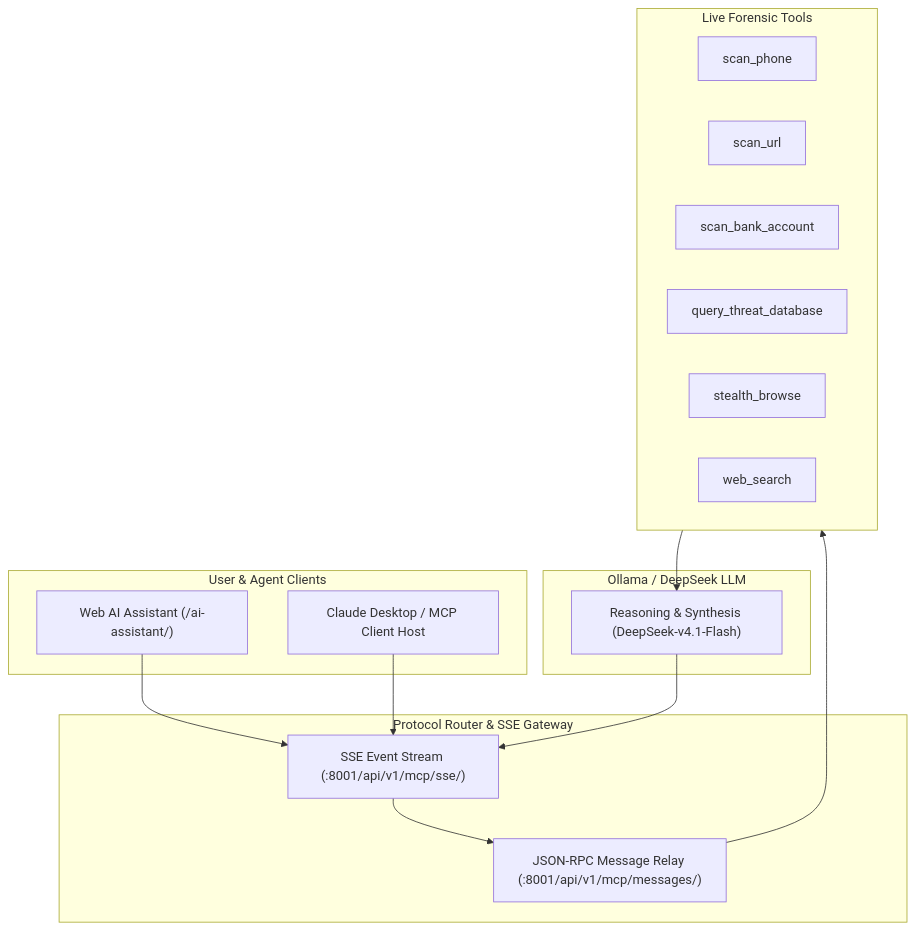
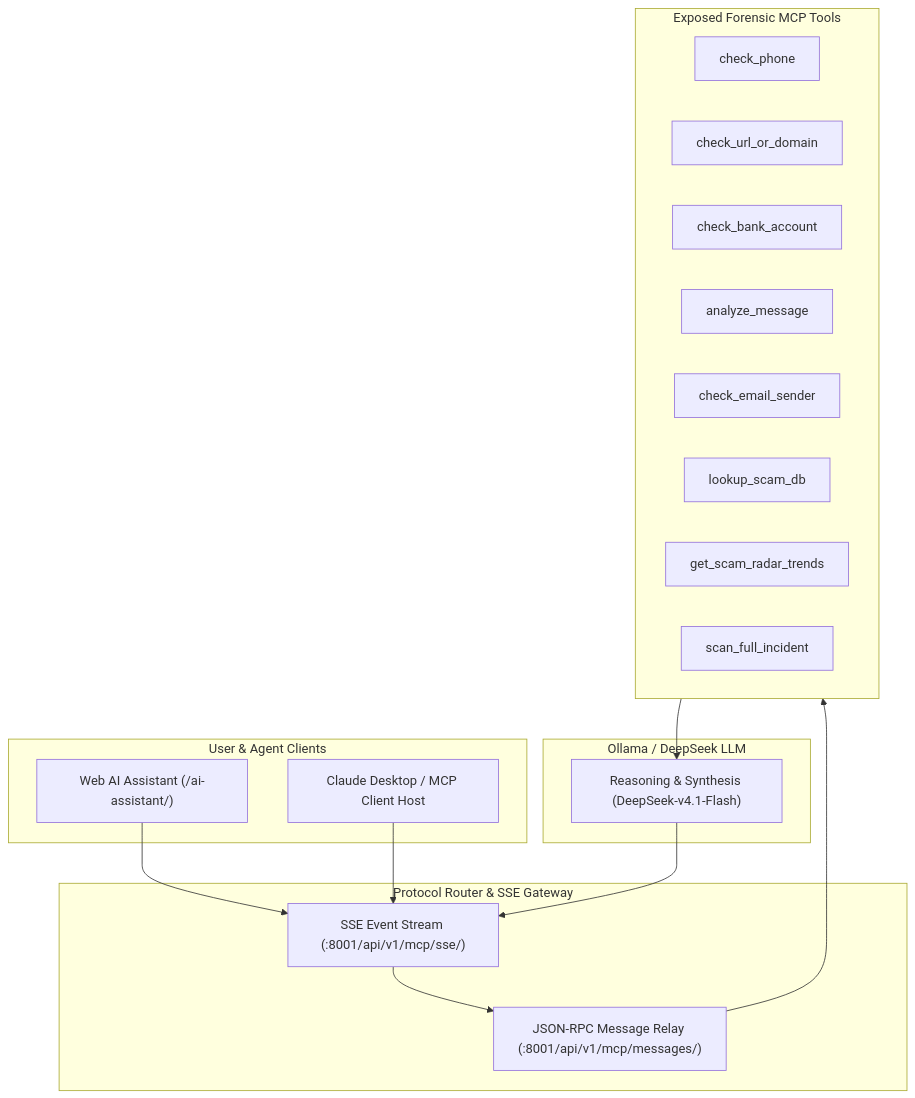
One commit to KienPC1234/Sentinel_Team_Project changed the third of 3 diagrams in README.md. Above: the diagram before and after it, drawn with Mermaid. The commit also changed other lines of this file and 37 other files, not shown here.

````diff
--- a/README.md
+++ b/README.md
@@ -198,32 +201,34 @@
 ```mermaid
 flowchart TD
     subgraph Clients["User & Agent Clients"]
         WebChat["Web AI Assistant (/ai-assistant/)"]
         ClaudeDesk["Claude Desktop / MCP Client Host"]
     end
 
     subgraph MCPGateway["Protocol Router & SSE Gateway"]
         SSEStream["SSE Event Stream (:8001/api/v1/mcp/sse/)"]
         JSONRPC["JSON-RPC Message Relay (:8001/api/v1/mcp/messages/)"]
     end
 
-    subgraph Tools["Live Forensic Tools"]
-        ToolPhone["scan_phone"]
-        ToolURL["scan_url"]
-        ToolBank["scan_bank_account"]
-        ToolThreat["query_threat_database"]
-        ToolStealth["stealth_browse"]
-        ToolSearch["web_search"]
+    subgraph Tools["Exposed Forensic MCP Tools"]
+        ToolPhone["check_phone"]
+        ToolURL["check_url_or_domain"]
+        ToolBank["check_bank_account"]
+        ToolMsg["analyze_message"]
+        ToolEmail["check_email_sender"]
+        ToolThreat["lookup_scam_db"]
+        ToolTrends["get_scam_radar_trends"]
+        ToolFull["scan_full_incident"]
     end
 
     subgraph Engine["Ollama / DeepSeek LLM"]
         Reasoning["Reasoning & Synthesis (DeepSeek-v4.1-Flash)"]
     end
 
     WebChat --> SSEStream
     ClaudeDesk --> SSEStream
     SSEStream --> JSONRPC
     JSONRPC --> Tools
     Tools --> Reasoning
     Reasoning --> SSEStream
 ```
````
